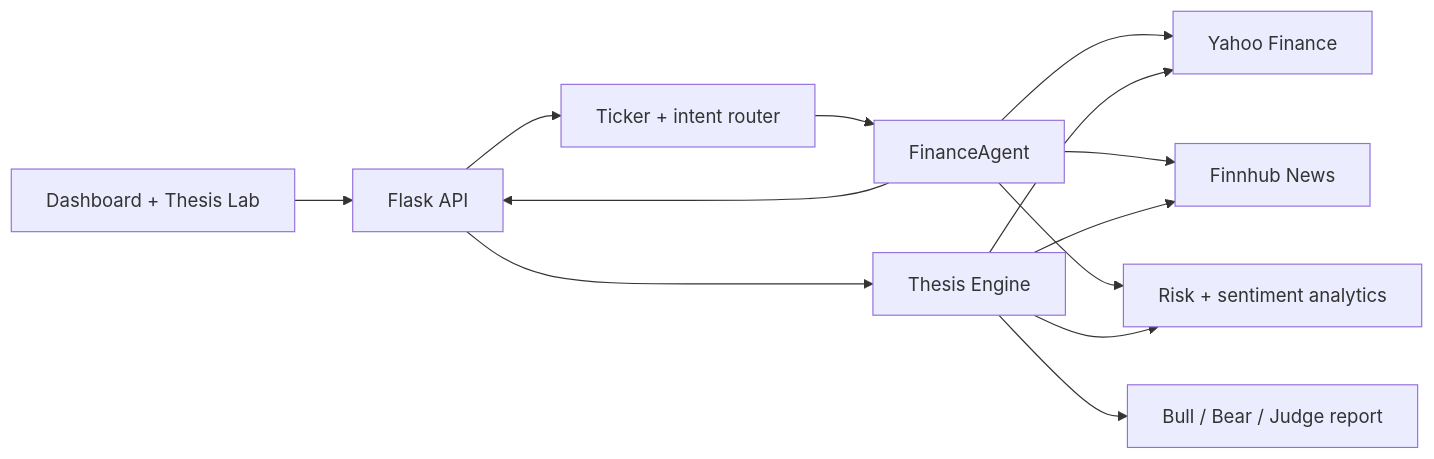
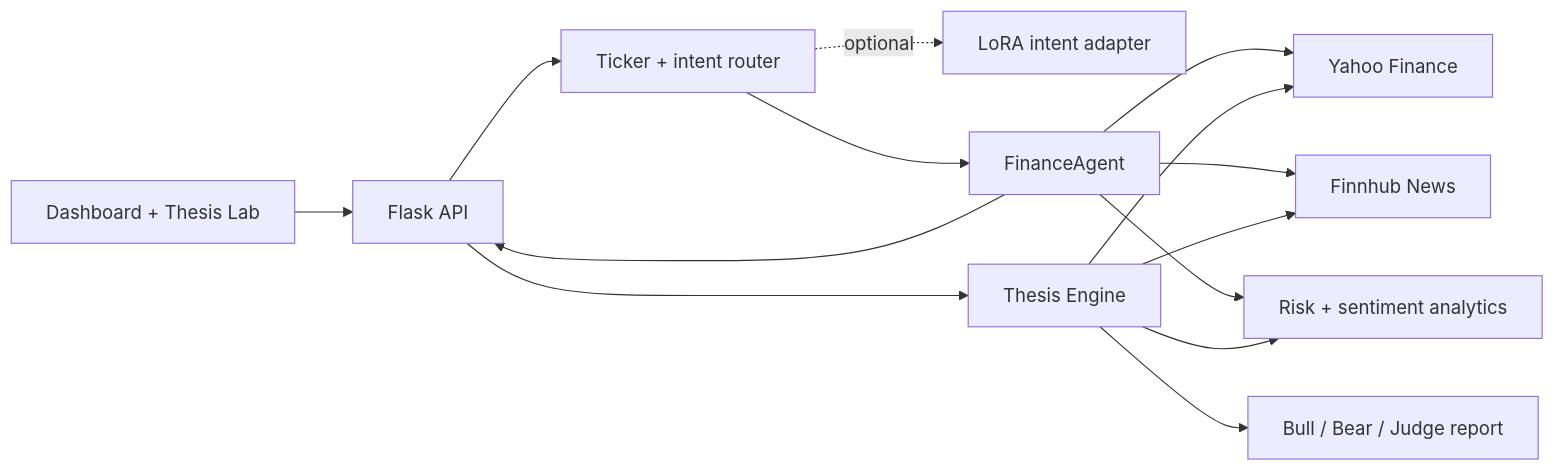
One commit to xs2588-prog/finance-intelligence-agent changed the diagram in README.md. Above: the diagram before and after it, drawn with Mermaid. The commit also changed other lines of this file and 7 other files, not shown here.

````diff
--- a/README.md
+++ b/README.md
@@ -29,15 +31,16 @@
 ```mermaid
 flowchart LR
   B["Dashboard + Thesis Lab"] --> F["Flask API"]
   F --> R["Ticker + intent router"]
+  R -. optional .-> L["LoRA intent adapter"]
   R --> A["FinanceAgent"]
   F --> T["Thesis Engine"]
   A --> Y["Yahoo Finance"]
   A --> N["Finnhub News"]
   A --> M["Risk + sentiment analytics"]
   T --> Y
   T --> N
   T --> M
   T --> J["Bull / Bear / Judge report"]
   A --> F
 ```
````
